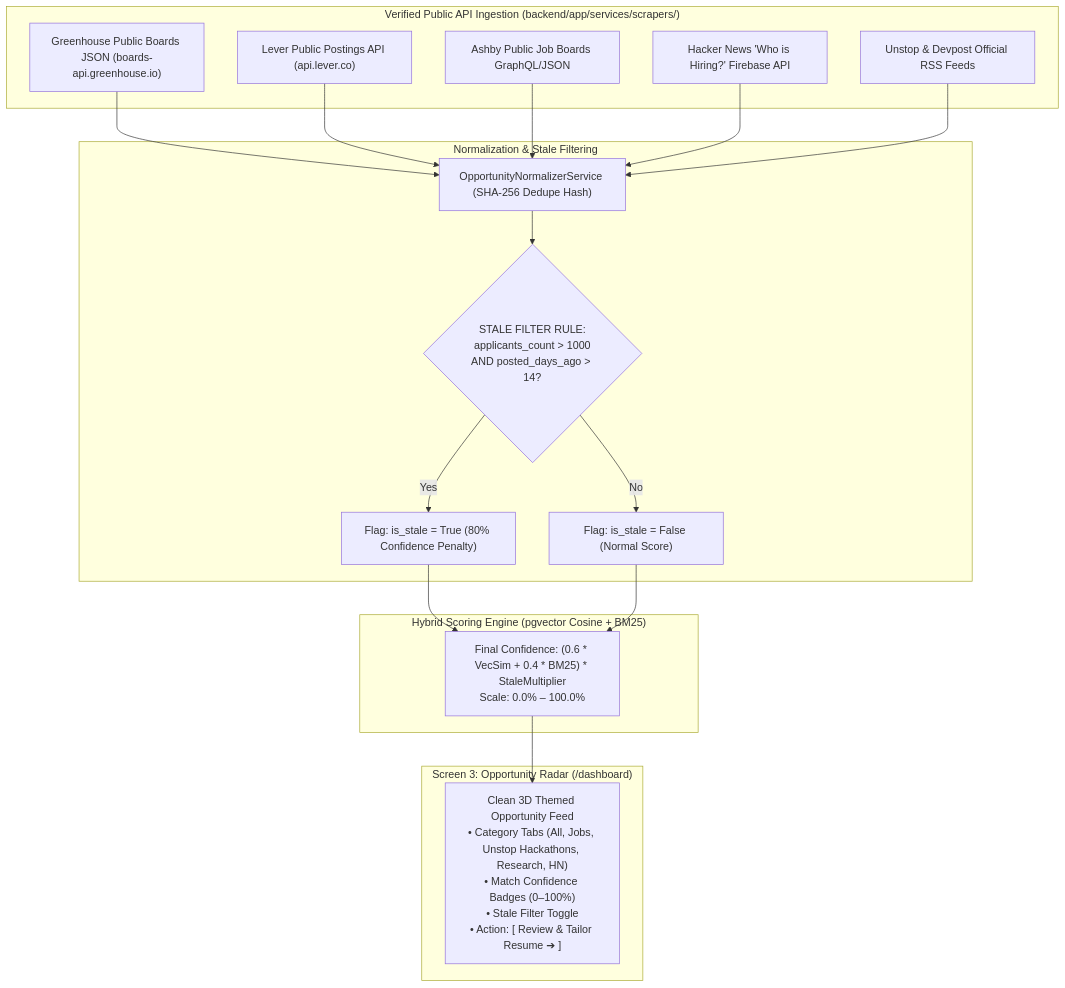
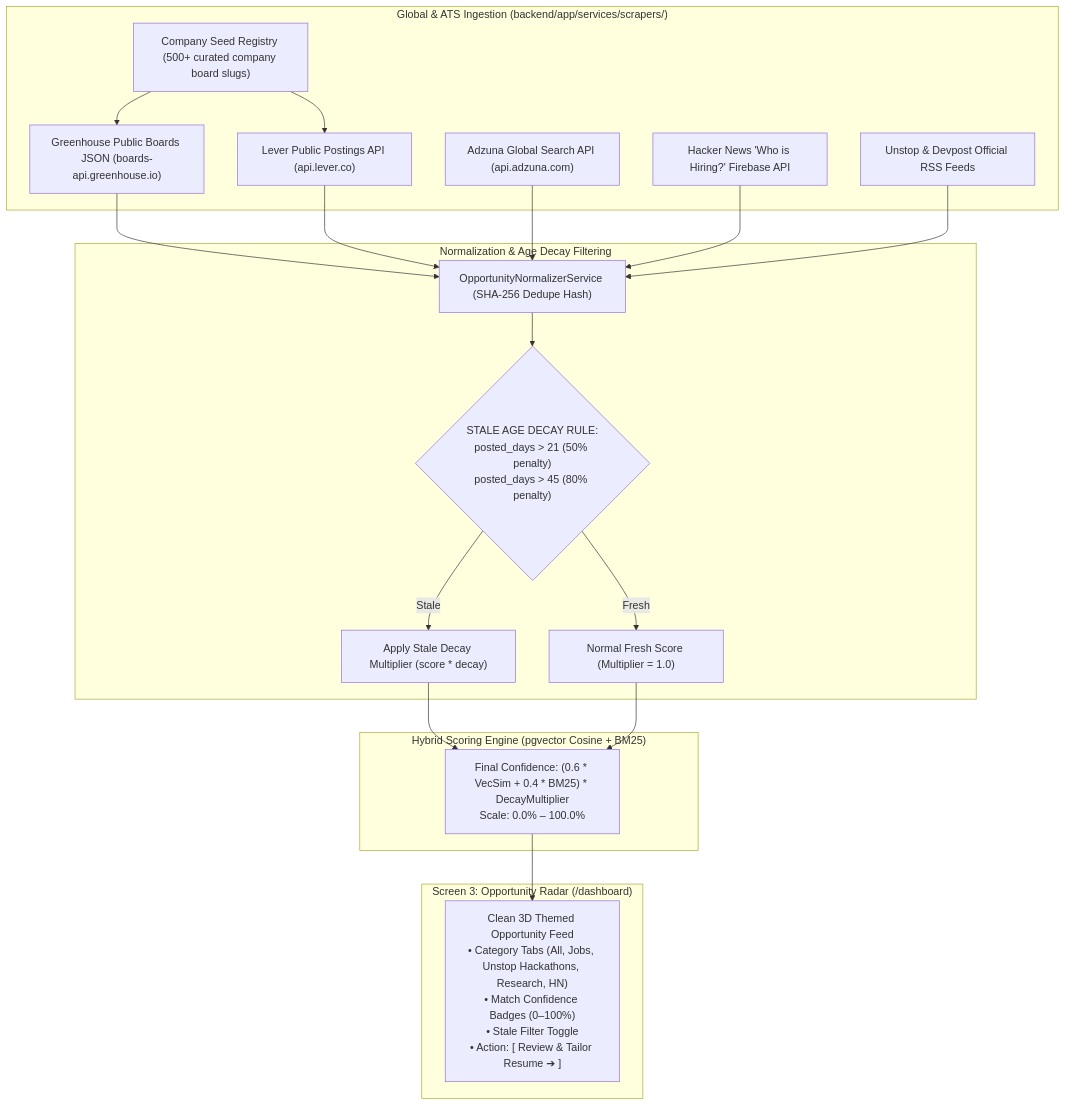
One commit to creed-online/getaJob.ai changed the third of 7 diagrams in Docs/IMPLEMENTATION_PLAN.md. Above: the diagram before and after it, drawn with Mermaid. The commit also changed other lines of this file and 5 other files, not shown here.

Commit message:
feat: scaffold production codebase structure and finalize v2 architecture docs

````diff
--- a/Docs/IMPLEMENTATION_PLAN.md
+++ b/Docs/IMPLEMENTATION_PLAN.md
@@ -168,35 +168,37 @@
 ```mermaid
 flowchart TD
-    subgraph APISources ["Verified Public API Ingestion (backend/app/services/scrapers/)"]
+    subgraph DiscoverySources ["Global & ATS Ingestion (backend/app/services/scrapers/)"]
+        SeedReg["Company Seed Registry (500+ curated company board slugs)"]
+        API_Adzuna["Adzuna Global Search API (api.adzuna.com)"]
         API_GH["Greenhouse Public Boards JSON (boards-api.greenhouse.io)"]
         API_Lever["Lever Public Postings API (api.lever.co)"]
-        API_Ashby["Ashby Public Job Boards GraphQL/JSON"]
         API_HN["Hacker News 'Who is Hiring?' Firebase API"]
         RSS_Hack["Unstop & Devpost Official RSS Feeds"]
     end
 
-    subgraph Pipeline ["Normalization & Stale Filtering"]
+    subgraph Pipeline ["Normalization & Age Decay Filtering"]
         Normalizer["OpportunityNormalizerService (SHA-256 Dedupe Hash)"]
-        StaleCheck{"STALE FILTER RULE:\napplicants_count > 1000\nAND posted_days_ago > 14?"}
-        MarkStale["Flag: is_stale = True (80% Confidence Penalty)"]
-        MarkFresh["Flag: is_stale = False (Normal Score)"]
+        AgeDecayCheck{"STALE AGE DECAY RULE:\nposted_days > 21 (50% penalty)\nposted_days > 45 (80% penalty)"}
+        ApplyDecay["Apply Stale Decay Multiplier (score * decay)"]
+        FreshScore["Normal Fresh Score (Multiplier = 1.0)"]
     end
 
     subgraph ScoringEngine ["Hybrid Scoring Engine (pgvector Cosine + BM25)"]
-        Formula["Final Confidence: (0.6 * VecSim + 0.4 * BM25) * StaleMultiplier\nScale: 0.0% – 100.0%"]
+        Formula["Final Confidence: (0.6 * VecSim + 0.4 * BM25) * DecayMultiplier\nScale: 0.0% – 100.0%"]
     end
 
     subgraph S3_UI ["Screen 3: Opportunity Radar (/dashboard)"]
         UI_Feed["Clean 3D Themed Opportunity Feed\n• Category Tabs (All, Jobs, Unstop Hackathons, Research, HN)\n• Match Confidence Badges (0–100%)\n• Stale Filter Toggle\n• Action: [ Review & Tailor Resume ➔ ]"]
     end
 
-    API_GH --> Normalizer --> StaleCheck
-    API_Lever --> Normalizer
-    API_Ashby --> Normalizer
+    SeedReg --> API_GH --> Normalizer
+    SeedReg --> API_Lever --> Normalizer
+    API_Adzuna --> Normalizer
     API_HN --> Normalizer
     RSS_Hack --> Normalizer
 
-    StaleCheck -->|Yes| MarkStale --> Formula
-    StaleCheck -->|No| MarkFresh --> Formula
+    Normalizer --> AgeDecayCheck
+    AgeDecayCheck -->|Stale| ApplyDecay --> Formula
+    AgeDecayCheck -->|Fresh| FreshScore --> Formula
     Formula --> UI_Feed
 ```
````
